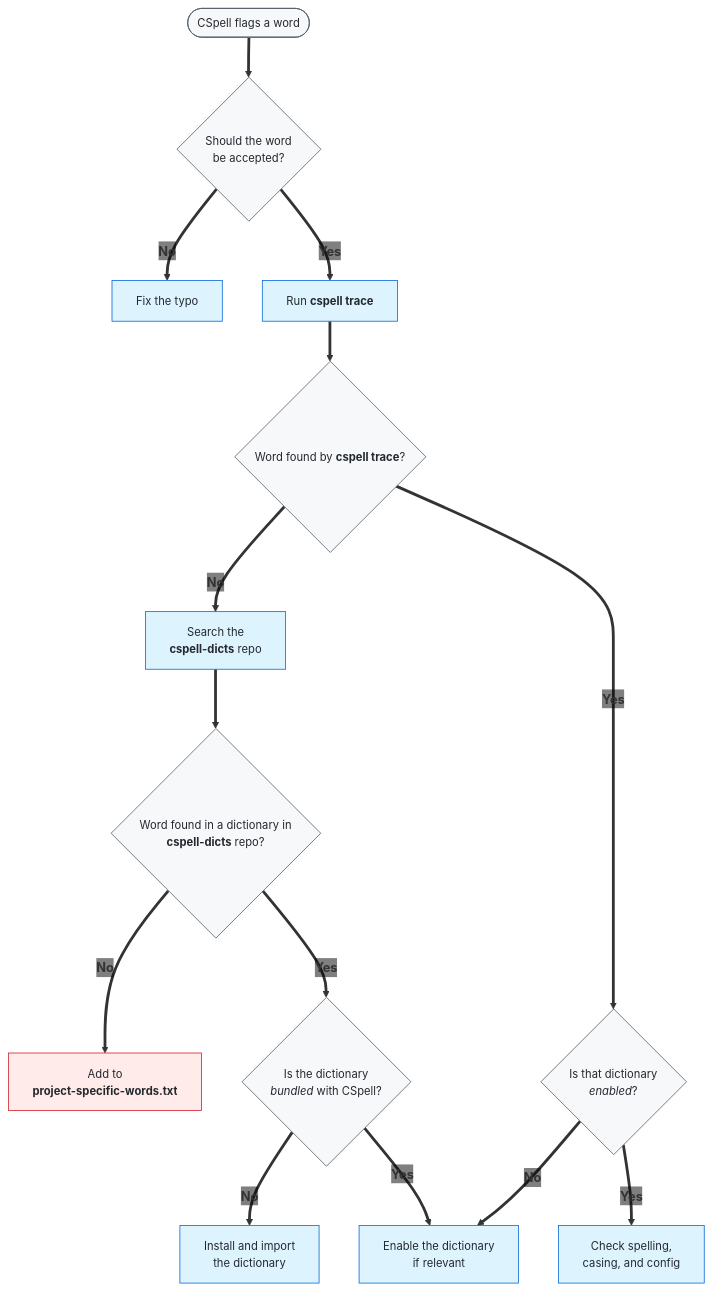
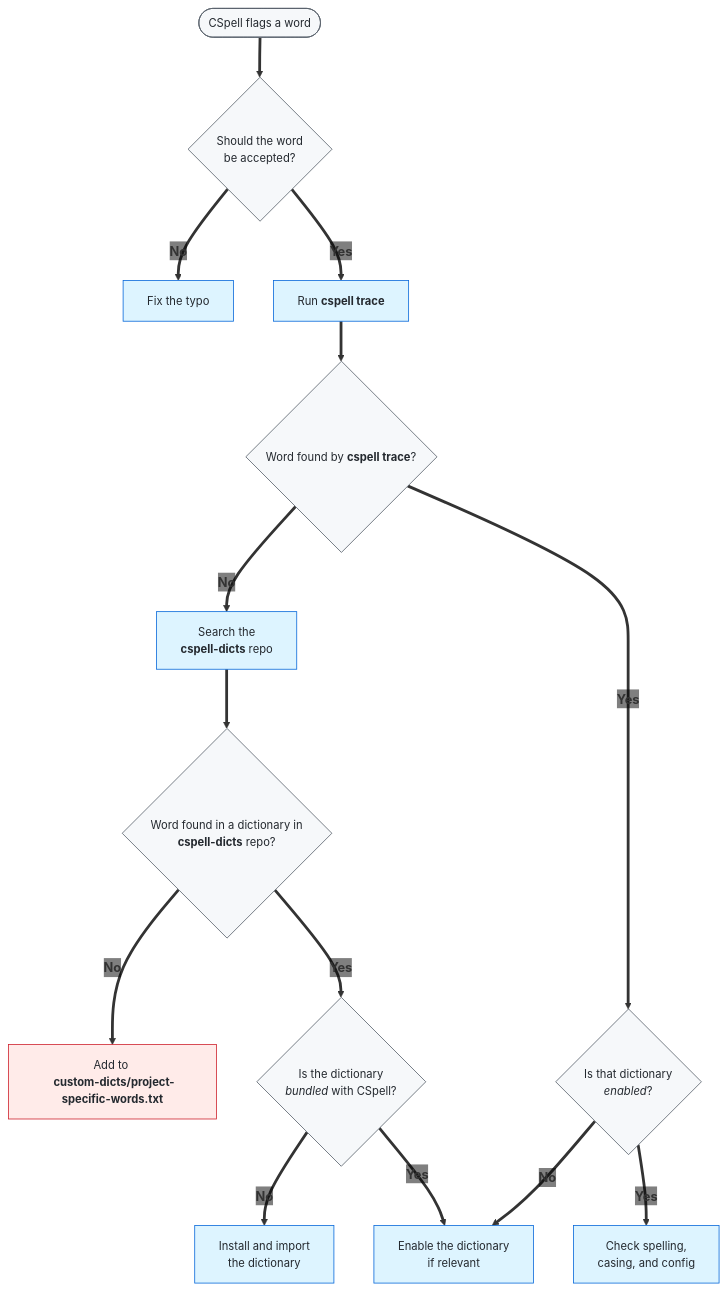
One commit to ScilifelabDataCentre/data-centre-template changed the diagram in .config/cspell/README.md. Above: the diagram before and after it, drawn with Mermaid. The commit also changed other lines of this file and 3 other files, not shown here.

Commit message:
add custom dicts

````diff
--- a/.config/cspell/README.md
+++ b/.config/cspell/README.md
@@ -128,36 +129,36 @@
 ```mermaid
 ---
 config:
   themeVariables:
     edgeLabelBackground: transparent
 ---
 flowchart TD
     A([CSpell flags a word]) ==> B{Should the word<br/>be accepted?}
 
     B ==>|"`**No**`"| C[Fix the typo]
     B ==>|"`**Yes**`"| D["`Run **cspell trace**`"]
 
     D ==> E{"`Word found by **cspell trace**?`"}
 
     E ==>|"`**No**`"| I["`Search the </br> **cspell-dicts** repo`"]
     E ==>|"`**Yes**`"| F{"`Is that dictionary<br/>_enabled_?`"}
 
     F ==>|"`**No**`"| H[Enable the dictionary<br/>if relevant]
     F ==>|"`**Yes**`"| G[Check spelling,<br/>casing, and config]
 
     I ==> J{"`Word found in a dictionary in </br> **cspell-dicts** repo?`"}
 
-    J ==>|"`**No**`"| M["`Add to <br/> **project-specific-words.txt**`"]
+    J ==>|"`**No**`"| M["`Add to <br/> **custom-dicts/project-specific-words.txt**`"]
     J ==>|"`**Yes**`"| K{"`Is the dictionary<br/>_bundled_ with CSpell?`"}
 
     K ==>|"`**No**`"| L[Install and import<br/>the dictionary]
     K ==>|"`**Yes**`"| H
 
     classDef neutral fill:#f6f8fa,stroke:#57606a,color:#24292f,font-size:14px;
     classDef do fill:#ddf4ff,stroke:#0969da,color:#24292f,font-size:14px;
     classDef fallback fill:#ffebe9,stroke:#cf222e,color:#24292f,font-size:14px;
 
     class A,B,E,F,J,K neutral;
     class C,D,G,H,I,L do;
     class M fallback;
 ```
````
